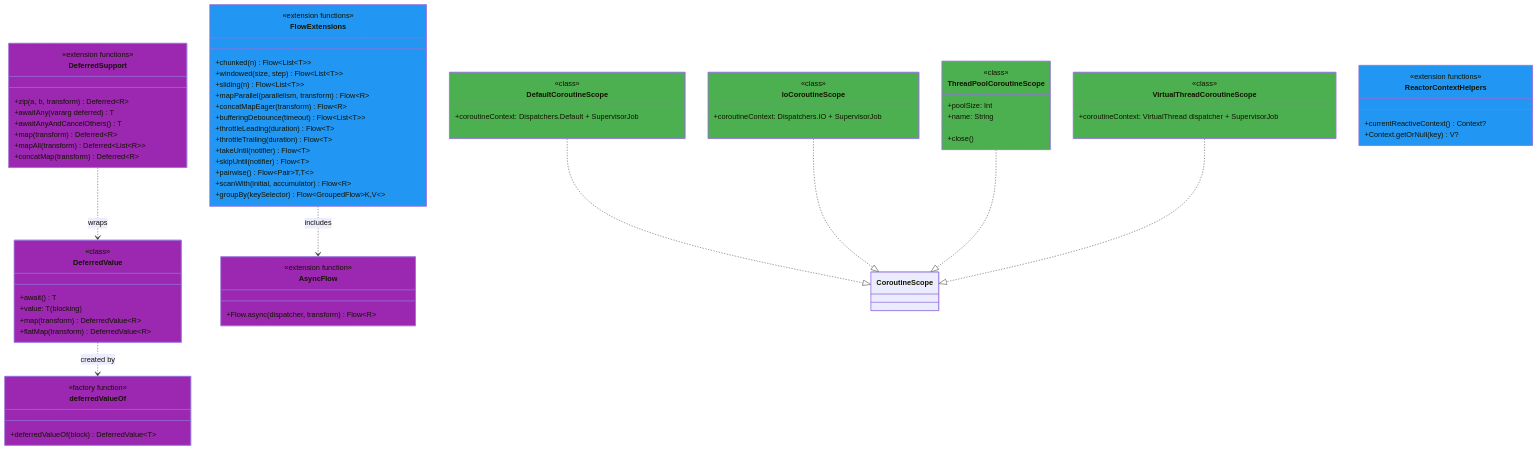
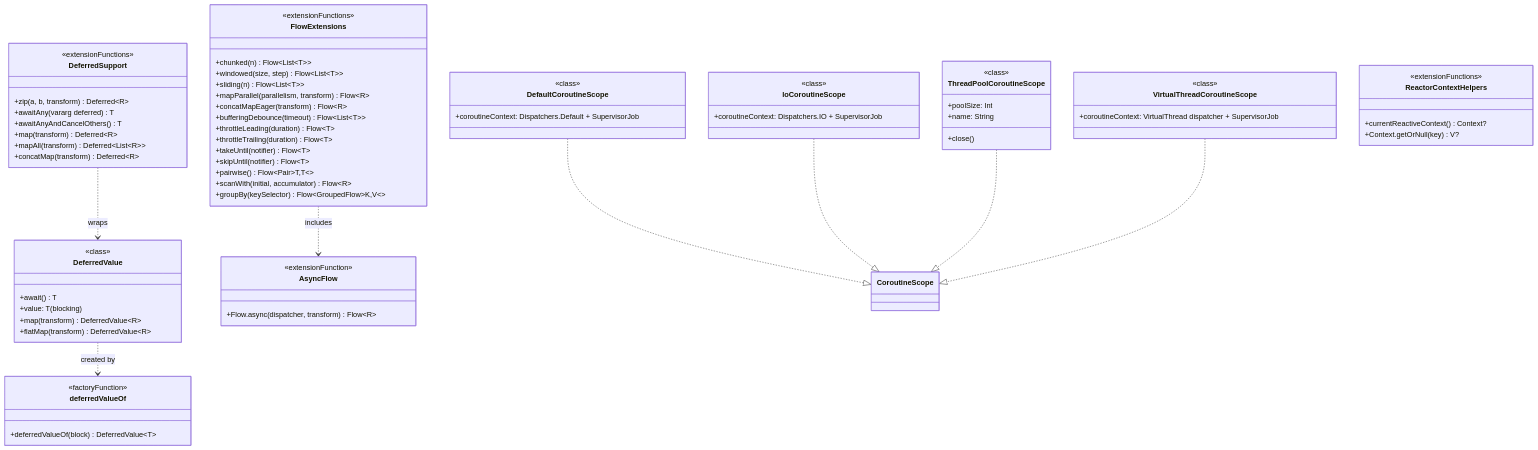
The first of 15 diagrams in bluetape4k/coroutines/README.md (bluetape4k/bluetape4k-projects), drawn with Mermaid before and after one commit. The commit also changed other lines of this file and 95 other files, not shown here.

First line of the commit message:
docs: Mermaid 파서 오류 전체 수정 (IntelliJ IDEA 호환)

````diff
--- a/bluetape4k/coroutines/README.md
+++ b/bluetape4k/coroutines/README.md
@@ -126,6 +126,6 @@
 ```mermaid
 classDiagram
-    class DeferredValue:::asyncStyle {
+    class DeferredValue {
         <<class>>
         +await() T
         +value: T  (blocking)
@@ -133,13 +133,13 @@
         +flatMap(transform) DeferredValue~R~
     }
 
-    class deferredValueOf:::asyncStyle {
-        <<factory function>>
+    class deferredValueOf {
+        <<factoryFunction>>
         +deferredValueOf(block) DeferredValue~T~
     }
 
-    class DeferredSupport:::asyncStyle {
-        <<extension functions>>
+    class DeferredSupport {
+        <<extensionFunctions>>
         +zip(a, b, transform) Deferred~R~
         +awaitAny(vararg deferred) T
         +awaitAnyAndCancelOthers() T
@@ -148,30 +148,30 @@
         +concatMap(transform) Deferred~R~
     }
 
-    class DefaultCoroutineScope:::serviceStyle {
+    class DefaultCoroutineScope {
         <<class>>
         +coroutineContext: Dispatchers.Default + SupervisorJob
     }
 
-    class IoCoroutineScope:::serviceStyle {
+    class IoCoroutineScope {
         <<class>>
         +coroutineContext: Dispatchers.IO + SupervisorJob
     }
 
-    class ThreadPoolCoroutineScope:::serviceStyle {
+    class ThreadPoolCoroutineScope {
         <<class>>
         +poolSize: Int
         +name: String
         +close()
     }
 
-    class VirtualThreadCoroutineScope:::serviceStyle {
+    class VirtualThreadCoroutineScope {
         <<class>>
         +coroutineContext: VirtualThread dispatcher + SupervisorJob
     }
 
-    class FlowExtensions:::utilStyle {
-        <<extension functions>>
+    class FlowExtensions {
+        <<extensionFunctions>>
         +chunked(n) Flow~List~T~~
         +windowed(size, step) Flow~List~T~~
         +sliding(n) Flow~List~T~~
@@ -187,13 +187,13 @@
         +groupBy(keySelector) Flow~GroupedFlow~K,V~~
     }
 
-    class AsyncFlow:::asyncStyle {
-        <<extension function>>
+    class AsyncFlow {
+        <<extensionFunction>>
         +Flow.async(dispatcher, transform) Flow~R~
     }
 
-    class ReactorContextHelpers:::utilStyle {
-        <<extension functions>>
+    class ReactorContextHelpers {
+        <<extensionFunctions>>
         +currentReactiveContext() Context?
         +Context.getOrNull(key) V?
     }
@@ -206,8 +206,4 @@
     VirtualThreadCoroutineScope ..|> CoroutineScope
     FlowExtensions ..> AsyncFlow : includes
 
-    classDef coreStyle    fill:#607D8B
-    classDef serviceStyle fill:#4CAF50
-    classDef utilStyle    fill:#2196F3
-    classDef asyncStyle   fill:#9C27B0
 ```
````
